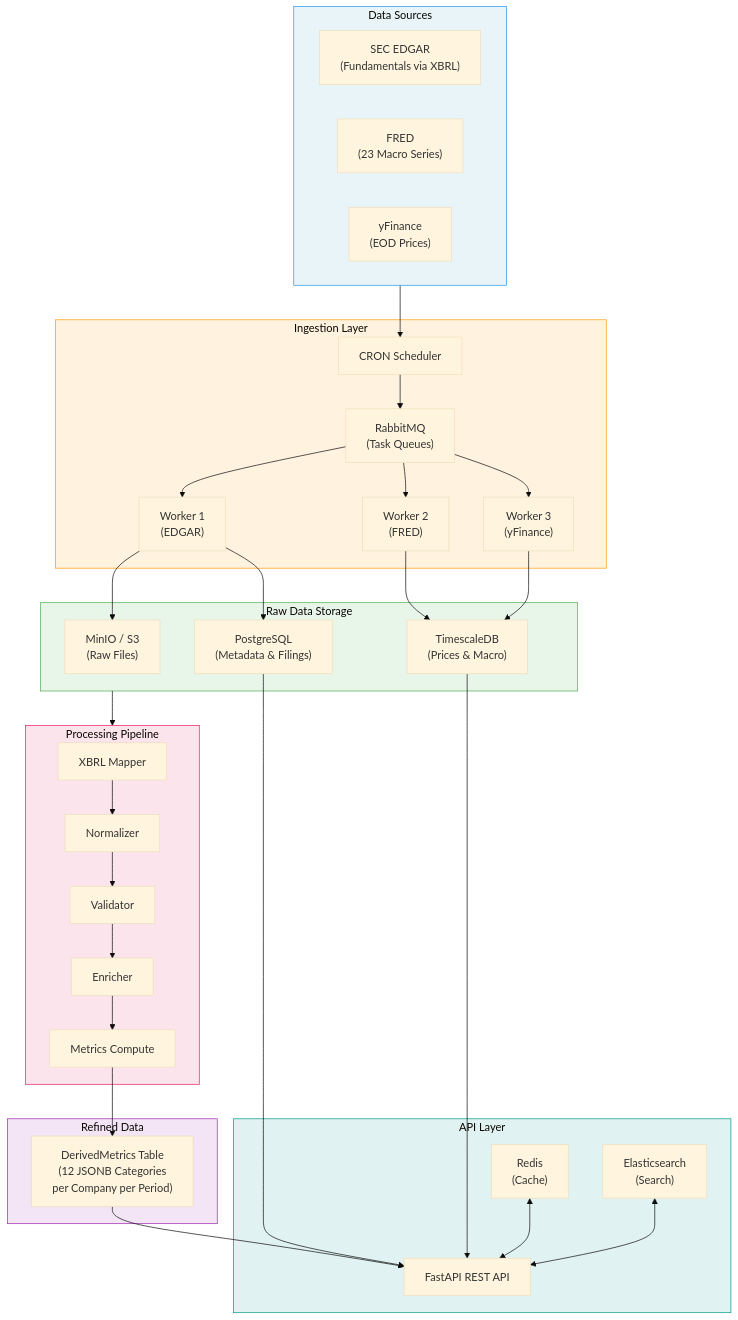
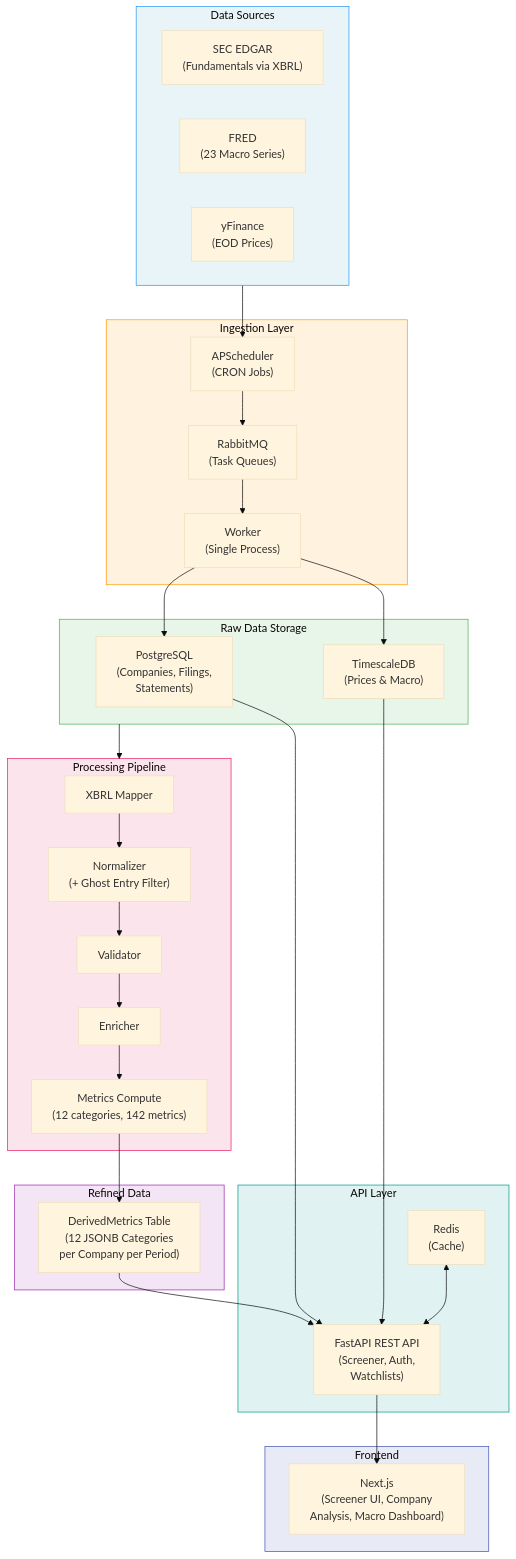
The first of 10 diagrams in system-design/architecture.md (shantanumahale/excella), drawn with Mermaid (base theme) before and after one commit. The commit also changed other lines of this file and 7 other files, not shown here.

````diff
--- a/system-design/architecture.md
+++ b/system-design/architecture.md
@@ -11,62 +11,62 @@
 ```mermaid
 flowchart TB
     subgraph Sources["Data Sources"]
         EDGAR["SEC EDGAR\n(Fundamentals via XBRL)"]
         FRED["FRED\n(23 Macro Series)"]
         YFIN["yFinance\n(EOD Prices)"]
     end
 
     subgraph Ingestion["Ingestion Layer"]
-        CRON["CRON Scheduler"]
+        CRON["APScheduler\n(CRON Jobs)"]
         RMQ["RabbitMQ\n(Task Queues)"]
-        W1["Worker 1\n(EDGAR)"]
-        W2["Worker 2\n(FRED)"]
-        W3["Worker 3\n(yFinance)"]
+        WORKER["Worker\n(Single Process)"]
     end
 
     subgraph RawStorage["Raw Data Storage"]
-        S3["MinIO / S3\n(Raw Files)"]
-        PG["PostgreSQL\n(Metadata & Filings)"]
+        PG["PostgreSQL\n(Companies, Filings,\nStatements)"]
         TS["TimescaleDB\n(Prices & Macro)"]
     end
 
     subgraph Pipeline["Processing Pipeline"]
         XBRL["XBRL Mapper"]
-        NORM["Normalizer"]
+        NORM["Normalizer\n(+ Ghost Entry Filter)"]
         VAL["Validator"]
         ENR["Enricher"]
-        MC["Metrics Compute"]
+        MC["Metrics Compute\n(12 categories, 142 metrics)"]
     end
 
     subgraph Refined["Refined Data"]
         DM["DerivedMetrics Table\n(12 JSONB Categories\nper Company per Period)"]
     end
 
     subgraph API["API Layer"]
-        FAPI["FastAPI REST API"]
+        FAPI["FastAPI REST API\n(Screener, Auth,\nWatchlists)"]
         REDIS["Redis\n(Cache)"]
-        ES["Elasticsearch\n(Search)"]
+    end
+
+    subgraph Frontend["Frontend"]
+        NEXT["Next.js\n(Screener UI, Company\nAnalysis, Macro Dashboard)"]
     end
 
     Sources --> CRON
     CRON --> RMQ
-    RMQ --> W1 & W2 & W3
-    W1 --> S3 & PG
-    W2 --> TS
-    W3 --> TS
+    RMQ --> WORKER
+    WORKER --> PG
+    WORKER --> TS
     RawStorage --> Pipeline
     XBRL --> NORM --> VAL --> ENR --> MC
     MC --> DM
     DM --> FAPI
     PG --> FAPI
     TS --> FAPI
     REDIS <--> FAPI
-    ES <--> FAPI
+    FAPI --> NEXT
 
     style Sources fill:#e8f4f8,stroke:#2196F3
     style Ingestion fill:#fff3e0,stroke:#FF9800
     style RawStorage fill:#e8f5e9,stroke:#4CAF50
     style Pipeline fill:#fce4ec,stroke:#E91E63
     style Refined fill:#f3e5f5,stroke:#9C27B0
     style API fill:#e0f2f1,stroke:#009688
+    style Frontend fill:#e8eaf6,stroke:#3F51B5
 ```
````
